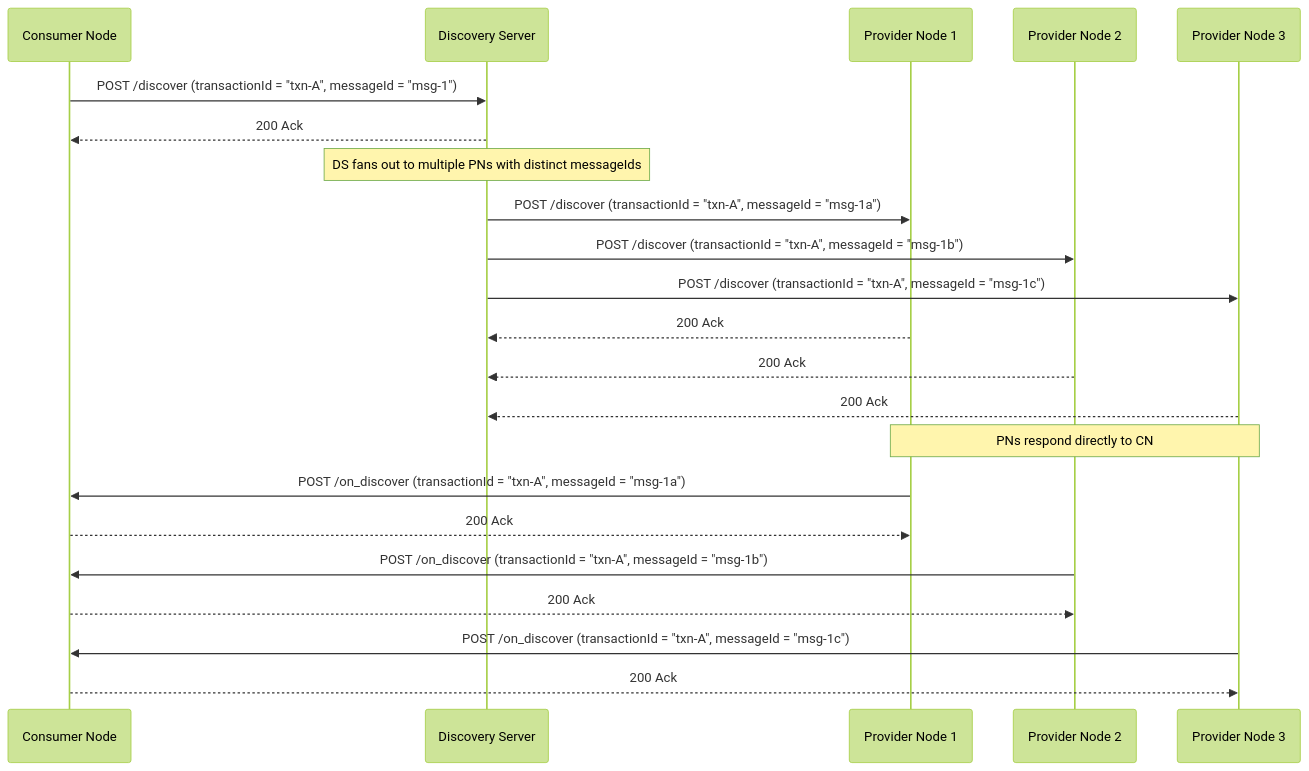
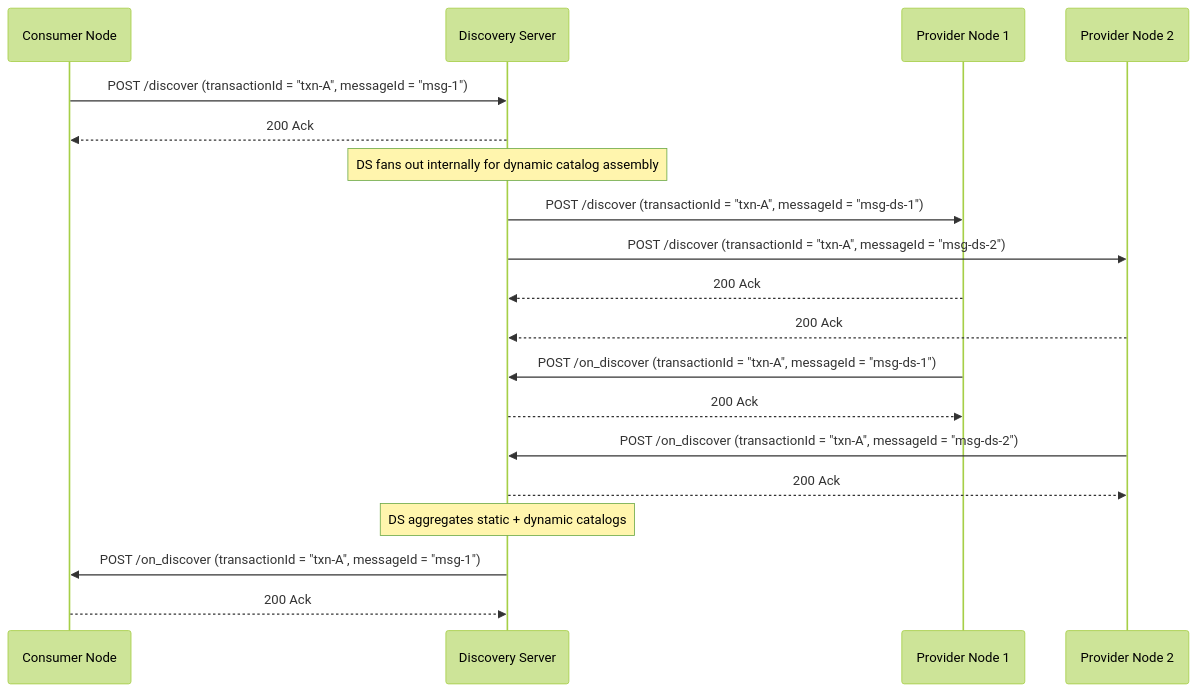
Before and after one commit to louislarry/protocol-specifications-v2: the sixth of 8 diagrams in docs/Communication_Protocol.md, drawn with Mermaid (forest theme). The commit also changed other lines of this file, not shown here.

First line of the commit message:
Resolve DS aggregation open question; deprecate direct PN→CN on_discover

````diff
--- a/docs/Communication_Protocol.md
+++ b/docs/Communication_Protocol.md
@@ -311,29 +311,26 @@
 ```mermaid
 sequenceDiagram
     participant CN as Consumer Node
     participant DS as Discovery Server
     participant PN1 as Provider Node 1
     participant PN2 as Provider Node 2
-    participant PN3 as Provider Node 3
 
     CN->>DS: POST /discover (transactionId = "txn-A", messageId = "msg-1")
     DS-->>CN: 200 Ack
 
-    Note over DS: DS fans out to multiple PNs with distinct messageIds
+    Note over DS: DS fans out internally for dynamic catalog assembly
 
-    DS->>PN1: POST /discover (transactionId = "txn-A", messageId = "msg-1a")
-    DS->>PN2: POST /discover (transactionId = "txn-A", messageId = "msg-1b")
-    DS->>PN3: POST /discover (transactionId = "txn-A", messageId = "msg-1c")
+    DS->>PN1: POST /discover (transactionId = "txn-A", messageId = "msg-ds-1")
+    DS->>PN2: POST /discover (transactionId = "txn-A", messageId = "msg-ds-2")
     PN1-->>DS: 200 Ack
     PN2-->>DS: 200 Ack
-    PN3-->>DS: 200 Ack
+    PN1->>DS: POST /on_discover (transactionId = "txn-A", messageId = "msg-ds-1")
+    DS-->>PN1: 200 Ack
+    PN2->>DS: POST /on_discover (transactionId = "txn-A", messageId = "msg-ds-2")
+    DS-->>PN2: 200 Ack
 
-    Note over PN1,PN3: PNs respond directly to CN
+    Note over DS: DS aggregates static + dynamic catalogs
 
-    PN1->>CN: POST /on_discover (transactionId = "txn-A", messageId = "msg-1a")
-    CN-->>PN1: 200 Ack
-    PN2->>CN: POST /on_discover (transactionId = "txn-A", messageId = "msg-1b")
-    CN-->>PN2: 200 Ack
-    PN3->>CN: POST /on_discover (transactionId = "txn-A", messageId = "msg-1c")
-    CN-->>PN3: 200 Ack
+    DS->>CN: POST /on_discover (transactionId = "txn-A", messageId = "msg-1")
+    CN-->>DS: 200 Ack
 ```
````
